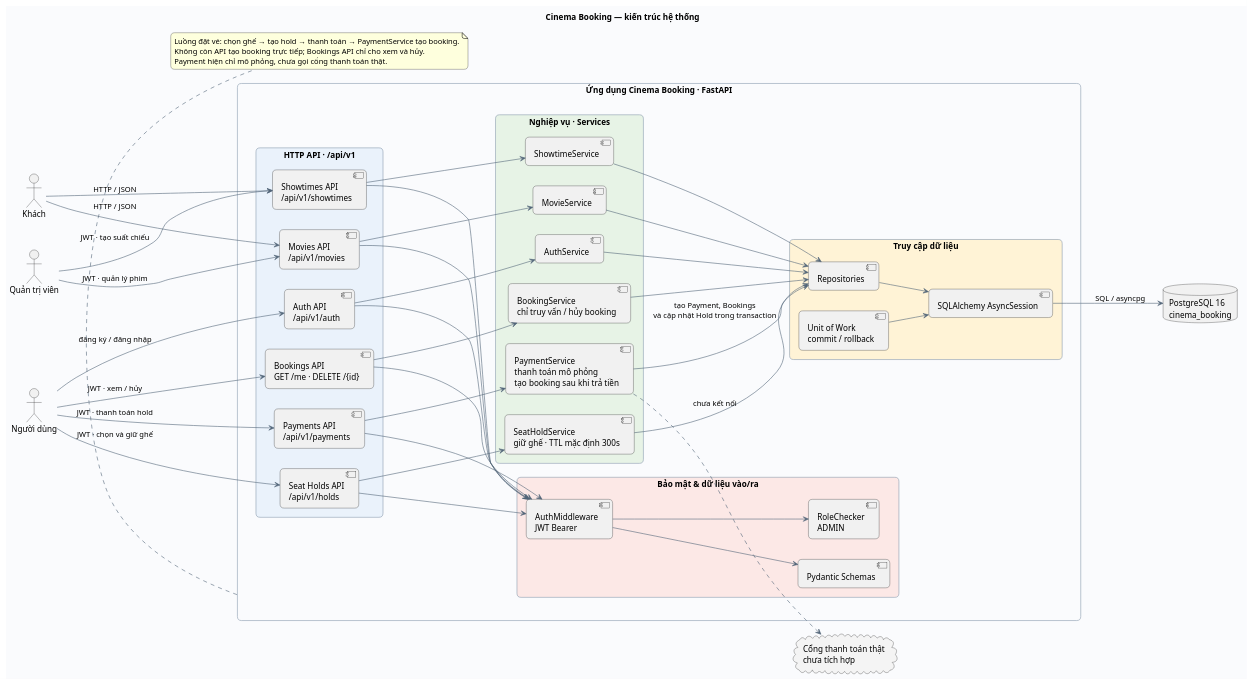
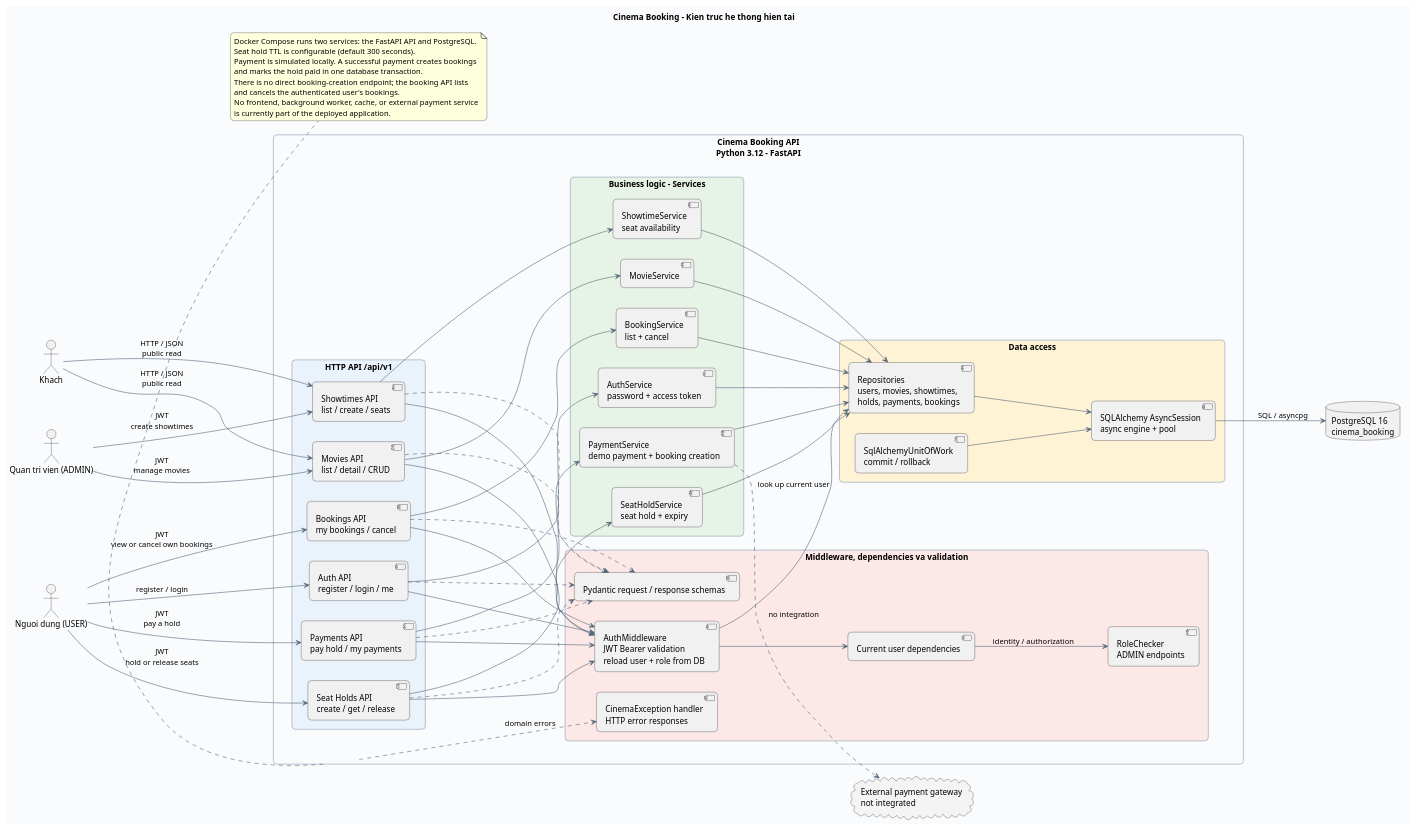
The diagram in docs/diagrams/architecture.puml (tuanduy010806/Cinema-Booking), drawn with PlantUML before and after one commit. The commit also changed 1 other file, not shown here.

Commit message:
Update architecture documentation

```diff
--- a/docs/diagrams/architecture.puml
+++ b/docs/diagrams/architecture.puml
@@ -1,92 +1,109 @@
 @startuml
-title Cinema Booking — kiến trúc hệ thống
+title Cinema Booking - Kien truc he thong hien tai
+
 left to right direction
 skinparam backgroundColor #FAFBFD
 skinparam shadowing false
-skinparam roundcorner 14
+skinparam roundcorner 12
 skinparam packageStyle rectangle
 skinparam defaultFontName Arial
 skinparam ArrowColor #526579
 skinparam packageBorderColor #8A9BAD
 
-actor "Khách" as Guest
-actor "Người dùng" as User
-actor "Quản trị viên" as Admin
+actor "Khach" as Guest
+actor "Nguoi dung (USER)" as User
+actor "Quan tri vien (ADMIN)" as Admin
 
-rectangle "Ứng dụng Cinema Booking · FastAPI" as App {
-  package "HTTP API · /api/v1" #EAF2FB {
-    component "Auth API\n/api/v1/auth" as AuthAPI
-    component "Movies API\n/api/v1/movies" as MovieAPI
-    component "Showtimes API\n/api/v1/showtimes" as ShowtimeAPI
-    component "Bookings API\nGET /me · DELETE /{id}" as BookingAPI
-    component "Seat Holds API\n/api/v1/holds" as HoldAPI
-    component "Payments API\n/api/v1/payments" as PaymentAPI
+rectangle "Cinema Booking API\nPython 3.12 - FastAPI" as API {
+  package "HTTP API /api/v1" #EAF2FB {
+    component "Auth API\nregister / login / me" as AuthAPI
+    component "Movies API\nlist / detail / CRUD" as MovieAPI
+    component "Showtimes API\nlist / create / seats" as ShowtimeAPI
+    component "Seat Holds API\ncreate / get / release" as HoldAPI
+    component "Payments API\npay hold / my payments" as PaymentAPI
+    component "Bookings API\nmy bookings / cancel" as BookingAPI
   }
 
-  package "Bảo mật & dữ liệu vào/ra" #FCE8E6 {
-    component "AuthMiddleware\nJWT Bearer" as Middleware
-    component "RoleChecker\nADMIN" as RoleCheck
-    component "Pydantic Schemas" as Schemas
+  package "Middleware, dependencies va validation" #FCE8E6 {
+    component "AuthMiddleware\nJWT Bearer validation\nreload user + role from DB" as AuthMiddleware
+    component "Current user dependencies" as CurrentUser
+    component "RoleChecker\nADMIN endpoints" as RoleChecker
+    component "Pydantic request / response schemas" as Schemas
+    component "CinemaException handler\nHTTP error responses" as ErrorHandler
   }
 
-  package "Nghiệp vụ · Services" #E7F3E6 {
-    component "AuthService" as AuthSvc
-    component "MovieService" as MovieSvc
-    component "ShowtimeService" as ShowtimeSvc
-    component "BookingService\nchỉ truy vấn / hủy booking" as BookingSvc
-    component "SeatHoldService\ngiữ ghế · TTL mặc định 300s" as HoldSvc
-    component "PaymentService\nthanh toán mô phỏng\ntạo booking sau khi trả tiền" as PaymentSvc
+  package "Business logic - Services" #E7F3E6 {
+    component "AuthService\npassword + access token" as AuthService
+    component "MovieService" as MovieService
+    component "ShowtimeService\nseat availability" as ShowtimeService
+    component "SeatHoldService\nseat hold + expiry" as HoldService
+    component "PaymentService\ndemo payment + booking creation" as PaymentService
+    component "BookingService\nlist + cancel" as BookingService
   }
 
-  package "Truy cập dữ liệu" #FFF3D6 {
-    component "Repositories" as Repos
-    component "Unit of Work\ncommit / rollback" as UoW
-    component "SQLAlchemy AsyncSession" as Session
+  package "Data access" #FFF3D6 {
+    component "Repositories\nusers, movies, showtimes,\nholds, payments, bookings" as Repositories
+    component "SqlAlchemyUnitOfWork\ncommit / rollback" as UoW
+    component "SQLAlchemy AsyncSession\nasync engine + pool" as Session
   }
 }
 
 database "PostgreSQL 16\ncinema_booking" as DB
-cloud "Cổng thanh toán thật\nchưa tích hợp" as ExternalPayment #F4F4F4
+cloud "External payment gateway\nnot integrated" as Gateway #F4F4F4
 
-Guest --> MovieAPI : HTTP / JSON
-Guest --> ShowtimeAPI : HTTP / JSON
-User --> AuthAPI : đăng ký / đăng nhập
-User --> HoldAPI : JWT · chọn và giữ ghế
-User --> PaymentAPI : JWT · thanh toán hold
-User --> BookingAPI : JWT · xem / hủy
-Admin --> MovieAPI : JWT · quản lý phim
-Admin --> ShowtimeAPI : JWT · tạo suất chiếu
+Guest --> MovieAPI : HTTP / JSON\npublic read
+Guest --> ShowtimeAPI : HTTP / JSON\npublic read
+User --> AuthAPI : register / login
+User --> HoldAPI : JWT\nhold or release seats
+User --> PaymentAPI : JWT\npay a hold
+User --> BookingAPI : JWT\nview or cancel own bookings
+Admin --> MovieAPI : JWT\nmanage movies
+Admin --> ShowtimeAPI : JWT\ncreate showtimes
 
-AuthAPI --> Middleware
-MovieAPI --> Middleware
-ShowtimeAPI --> Middleware
-BookingAPI --> Middleware
-HoldAPI --> Middleware
-PaymentAPI --> Middleware
-Middleware --> RoleCheck
-Middleware --> Schemas
+AuthAPI --> AuthMiddleware
+MovieAPI --> AuthMiddleware
+ShowtimeAPI --> AuthMiddleware
+HoldAPI --> AuthMiddleware
+PaymentAPI --> AuthMiddleware
+BookingAPI --> AuthMiddleware
+AuthMiddleware --> CurrentUser
+AuthMiddleware --> Repositories : look up current user
+CurrentUser --> RoleChecker : identity / authorization
+AuthAPI ..> Schemas
+MovieAPI ..> Schemas
+ShowtimeAPI ..> Schemas
+HoldAPI ..> Schemas
+PaymentAPI ..> Schemas
+BookingAPI ..> Schemas
+API ..> ErrorHandler : domain errors
 
-AuthAPI --> AuthSvc
-MovieAPI --> MovieSvc
-ShowtimeAPI --> ShowtimeSvc
-BookingAPI --> BookingSvc
-HoldAPI --> HoldSvc
-PaymentAPI --> PaymentSvc
+AuthAPI --> AuthService
+MovieAPI --> MovieService
+ShowtimeAPI --> ShowtimeService
+HoldAPI --> HoldService
+PaymentAPI --> PaymentService
+BookingAPI --> BookingService
 
-AuthSvc --> Repos
-MovieSvc --> Repos
-ShowtimeSvc --> Repos
-BookingSvc --> Repos
-HoldSvc --> Repos
-PaymentSvc --> Repos : tạo Payment, Bookings\nvà cập nhật Hold trong transaction
-Repos --> Session
+AuthService --> Repositories
+MovieService --> Repositories
+ShowtimeService --> Repositories
+HoldService --> Repositories
+PaymentService --> Repositories
+BookingService --> Repositories
+Repositories --> Session
 UoW --> Session
 Session --> DB : SQL / asyncpg
-PaymentSvc ..> ExternalPayment : chưa kết nối
+PaymentService ..> Gateway : no integration
 
-note bottom of App
-  Luồng đặt vé: chọn ghế → tạo hold → thanh toán → PaymentService tạo booking.
-  Không còn API tạo booking trực tiếp; Bookings API chỉ cho xem và hủy.
-  Payment hiện chỉ mô phỏng, chưa gọi cổng thanh toán thật.
+note bottom of API
+  Docker Compose runs two services: the FastAPI API and PostgreSQL.
+  Seat hold TTL is configurable (default 300 seconds).
+  Payment is simulated locally. A successful payment creates bookings
+  and marks the hold paid in one database transaction.
+  There is no direct booking-creation endpoint; the booking API lists
+  and cancels the authenticated user's bookings.
+  No frontend, background worker, cache, or external payment service
+  is currently part of the deployed application.
 end note
+
 @enduml
```
